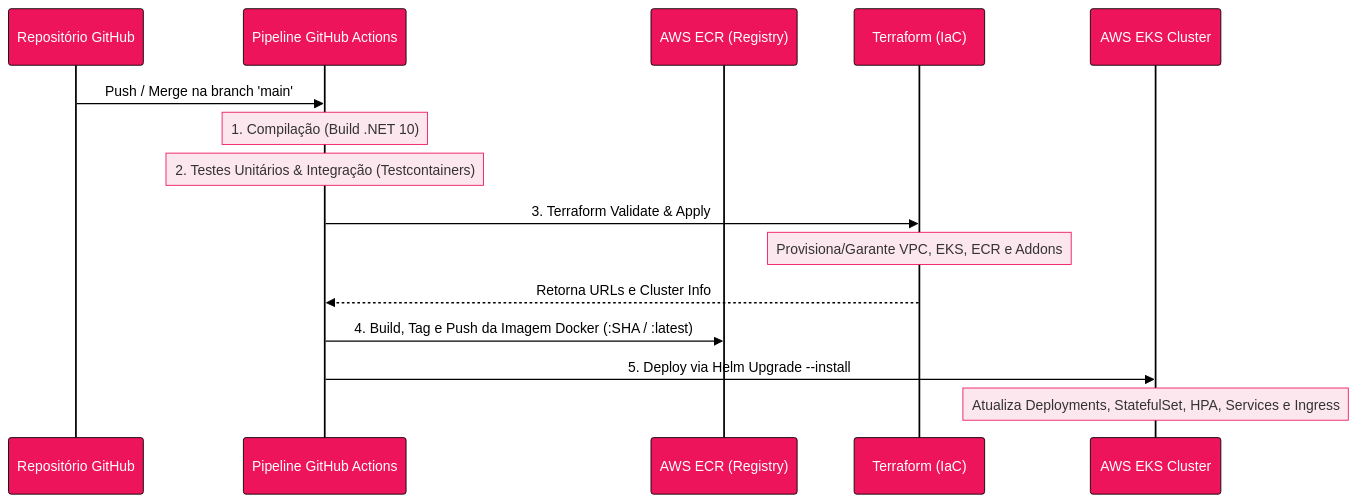
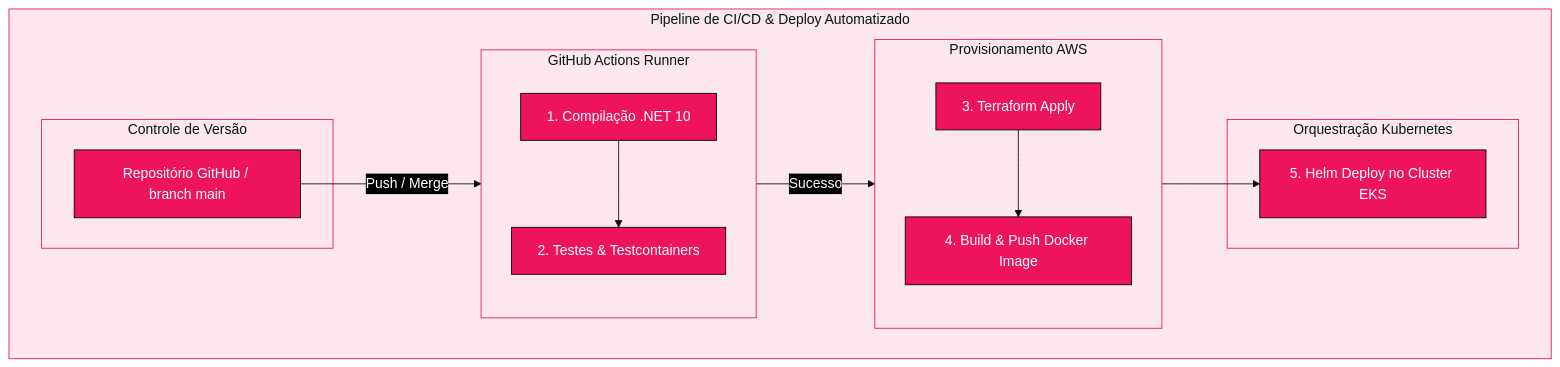
Before and after one commit to Grupo78-PosTech-15SOAT/AutoReparos: the third of 3 diagrams in README.md, drawn with Mermaid. The commit also changed other lines of this file, not shown here.

Commit message:
📝 Corrigidos mermaids do README

````diff
--- a/README.md
+++ b/README.md
@@ -210,43 +220,44 @@
 ```mermaid
 %%{init: {
   'theme': 'base',
-  'themeCSS': 'svg { background-color: #ffffff !important; } .note rect, .note, .loopBox rect, .loopBox { fill: #FDE7EE !important; }',
+  'themeCSS': 'svg { background-color: #ffffff !important; } .subgraph rect { fill: #FDE7EE !important; }',
   'themeVariables': {
-    'background': '#ffffff',
     'primaryColor': '#ED145B',
     'primaryTextColor': '#ffffff',
     'primaryBorderColor': '#000000',
-    'lineColor': '#000000',
-    'secondaryColor': '#1A1A1A',
     'tertiaryColor': '#FDE7EE',
-    'actorColor': '#ED145B',
-    'actorTextColor': '#ffffff',
-    'actorLineColor': '#000000',
-    'signalColor': '#000000',
-    'signalTextColor': '#000000',
-    'labelBoxBkgColor': '#1A1A1A',
-    'labelBoxBorderColor': '#000000',
-    'labelTextColor': '#ffffff',
-    'loopLimitBorderColor': '#ED145B',
-    'loopLimitBkgColor': '#FDE7EE',
-    'noteBorderColor': '#ED145B',
-    'noteBkgColor': '#FDE7EE'
+    'tertiaryBorderColor': '#ED145B',
+    'edgeLabelBackground': '#000000'
   }
 }}%%
-sequenceDiagram
-    participant Git as Repositório GitHub
-    participant CI as Pipeline GitHub Actions
-    participant ECR as AWS ECR (Registry)
-    participant TF as Terraform (IaC)
-    participant EKS as AWS EKS Cluster
-    
-    Git->>CI: Push / Merge na branch 'main'
-    Note over CI: 1. Compilação (Build .NET 10)
-    Note over CI: 2. Testes Unitários & Integração (Testcontainers)
-    CI->>TF: 3. Terraform Validate & Apply
-    Note over TF: Provisiona/Garante VPC, EKS, ECR e Addons
-    TF-->>CI: Retorna URLs e Cluster Info
-    CI->>ECR: 4. Build, Tag e Push da Imagem Docker (:SHA / :latest)
-    CI->>EKS: 5. Deploy via Helm Upgrade --install
-    Note over EKS: Atualiza Deployments, StatefulSet, HPA, Services e Ingress
+graph LR
+    subgraph Pipeline["Pipeline de CI/CD & Deploy Automatizado"]
+        direction LR
+
+        subgraph Source["Controle de Versão"]
+            Git[Repositório GitHub / branch main]
+        end
+        
+        subgraph CI["GitHub Actions Runner"]
+            direction TB
+            Build[1. Compilação .NET 10]
+            Test[2. Testes & Testcontainers]
+            Build --> Test
+        end
+        
+        subgraph InfraCode["Provisionamento AWS"]
+            direction TB
+            TF[3. Terraform Apply]
+            ECR[4. Build & Push Docker Image]
+            TF --> ECR
+        end
+        
+        subgraph Orchestration["Orquestração Kubernetes"]
+            EKS[5. Helm Deploy no Cluster EKS]
+        end
+
+        Git -->|Push / Merge| Build
+        Test -->|Sucesso| TF
+        ECR --> EKS
+    end
 ```
````
